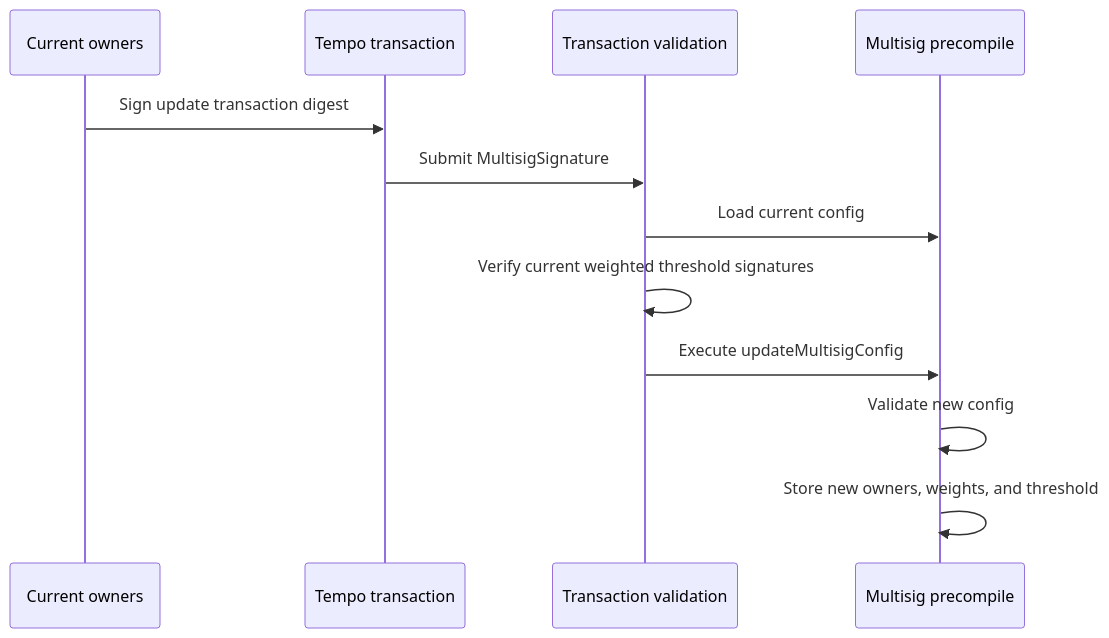
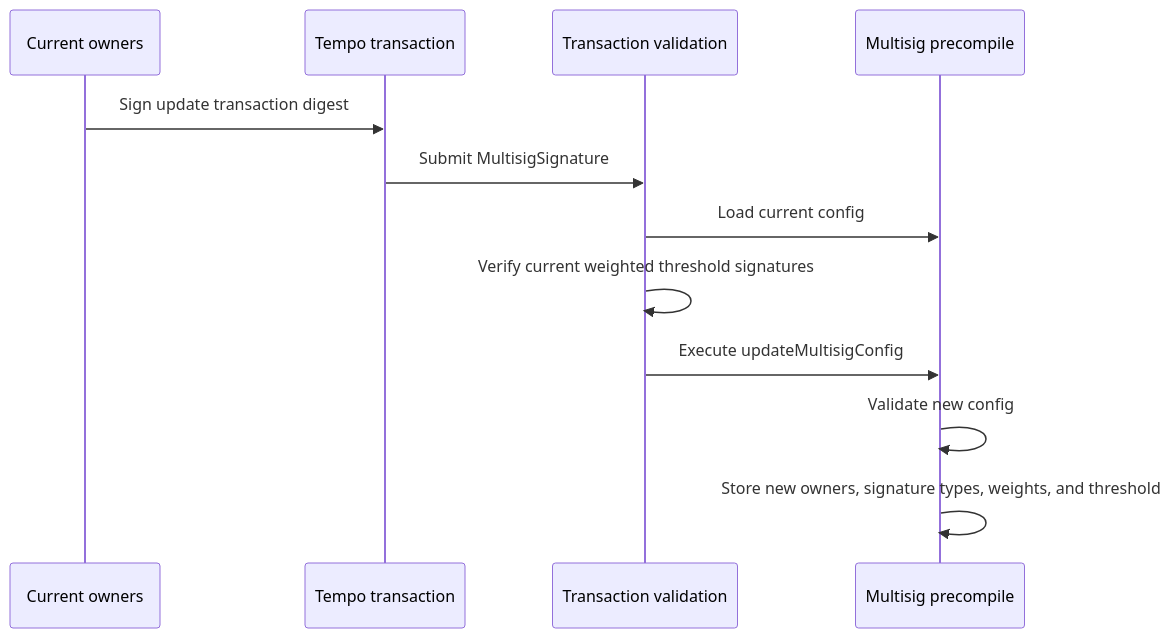
Before and after one commit to tempoxyz/tempo: the second of 2 diagrams in tips/tip-1061.md, drawn with Mermaid. The commit also changed other lines of this file, not shown here.

````diff
--- a/tips/tip-1061.md
+++ b/tips/tip-1061.md
@@ -600,15 +784,15 @@
 ```mermaid
 sequenceDiagram
   participant Owners as Current owners
   participant Tx as Tempo transaction
   participant Protocol as Transaction validation
   participant MS as Multisig precompile
 
   Owners->>Tx: Sign update transaction digest
   Tx->>Protocol: Submit MultisigSignature
   Protocol->>MS: Load current config
   Protocol->>Protocol: Verify current weighted threshold signatures
   Protocol->>MS: Execute updateMultisigConfig
   MS->>MS: Validate new config
-  MS->>MS: Store new owners, weights, and threshold
+  MS->>MS: Store new owners, signature types, weights, and threshold
 ```
````
